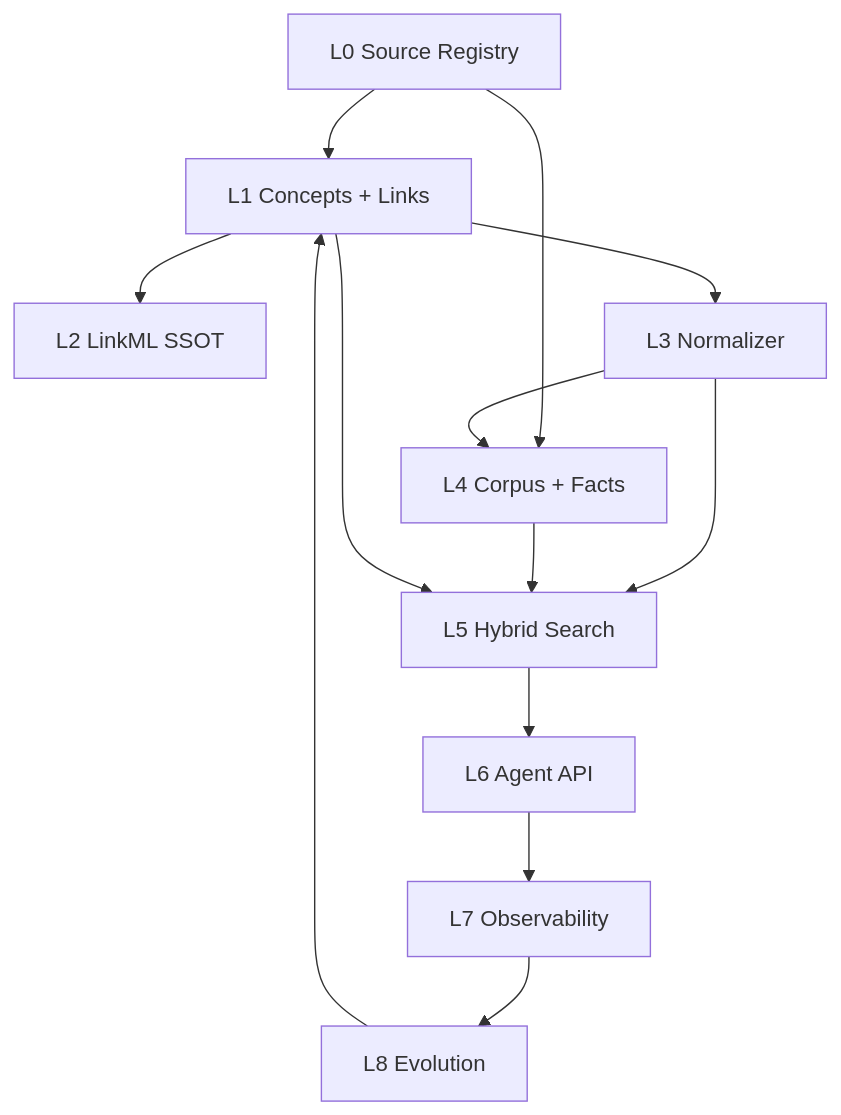
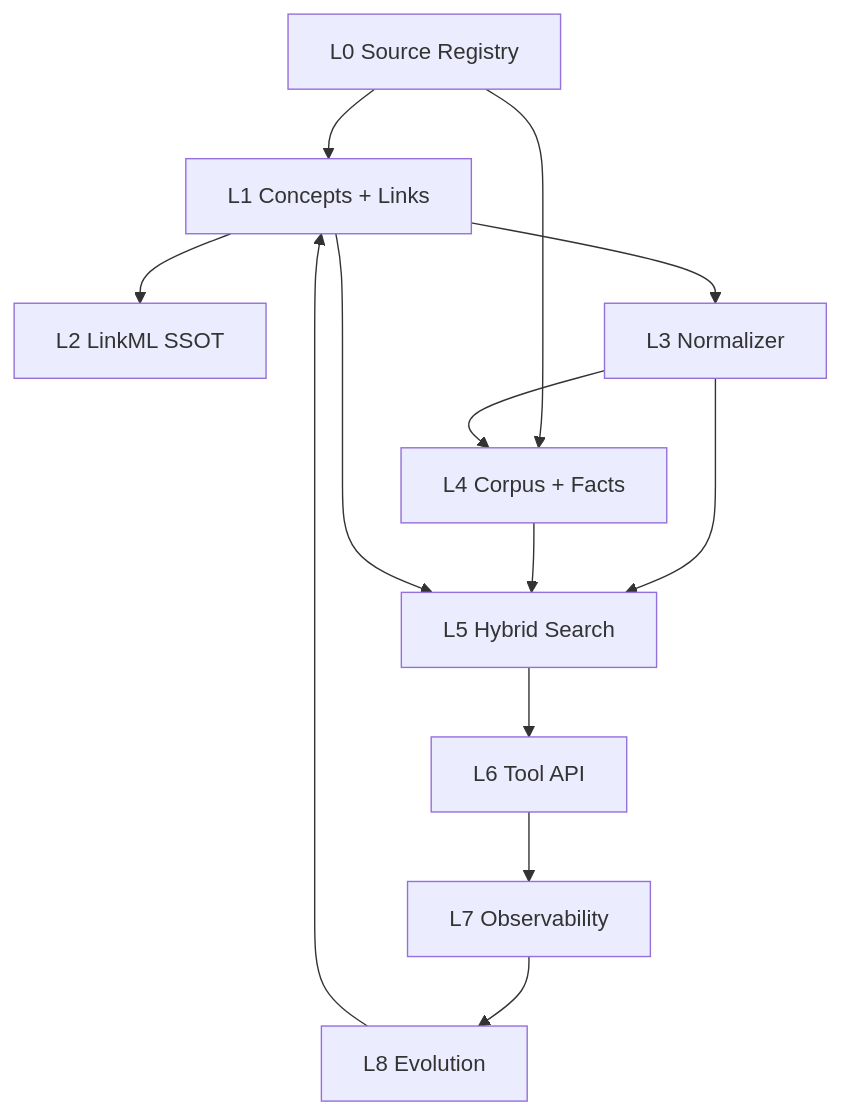
One commit to zhiweio/biomed-ontology changed the diagram in docs/architecture/layers.md. Above: the diagram before and after it, drawn with Mermaid. The commit also changed other lines of this file and 58 other files, not shown here.

````diff
--- a/docs/architecture/layers.md
+++ b/docs/architecture/layers.md
@@ -37,15 +37,15 @@
 ```mermaid
 flowchart TB
   L0[L0 Source Registry] --> L1[L1 Concepts + Links]
   L1 --> L2[L2 LinkML SSOT]
   L1 --> L3[L3 Normalizer]
   L0 --> L4[L4 Corpus + Facts]
   L3 --> L4
   L3 --> L5[L5 Hybrid Search]
   L4 --> L5
   L1 --> L5
-  L5 --> L6[L6 Agent API]
+  L5 --> L6[L6 Tool API]
   L6 --> L7[L7 Observability]
   L7 --> L8[L8 Evolution]
   L8 --> L1
 ```
````
